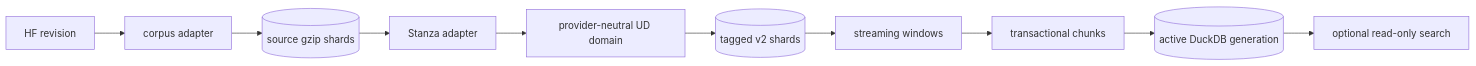
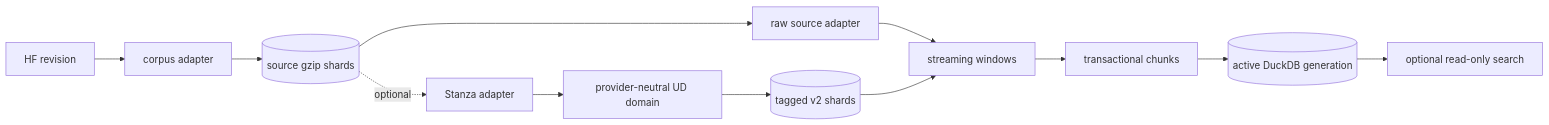
One commit to CristoJV/semordnilap changed the first of 3 diagrams in docs/technical/README.md. Above: the diagram before and after it, drawn with Mermaid. The commit also changed other lines of this file and 22 other files, not shown here.

````diff
--- a/docs/technical/README.md
+++ b/docs/technical/README.md
@@ -7,12 +7,14 @@
 ```mermaid
 flowchart LR
     HF[HF revision] --> CA[corpus adapter]
     CA --> CS[(source gzip shards)]
-    CS --> ST[Stanza adapter]
+    CS --> RA[raw source adapter]
+    CS -. optional .-> ST[Stanza adapter]
     ST --> UD[provider-neutral UD domain]
     UD --> TS[(tagged v2 shards)]
+    RA --> EX[streaming windows]
     TS --> EX[streaming windows]
     EX --> TX[transactional chunks]
     TX --> FG[(active DuckDB generation)]
     FG --> SE[optional read-only search]
 ```
````
